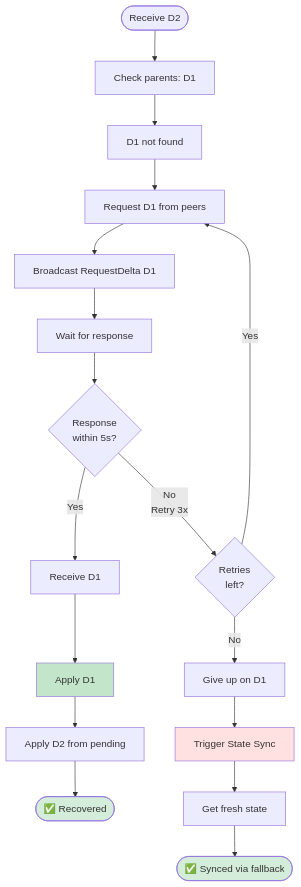
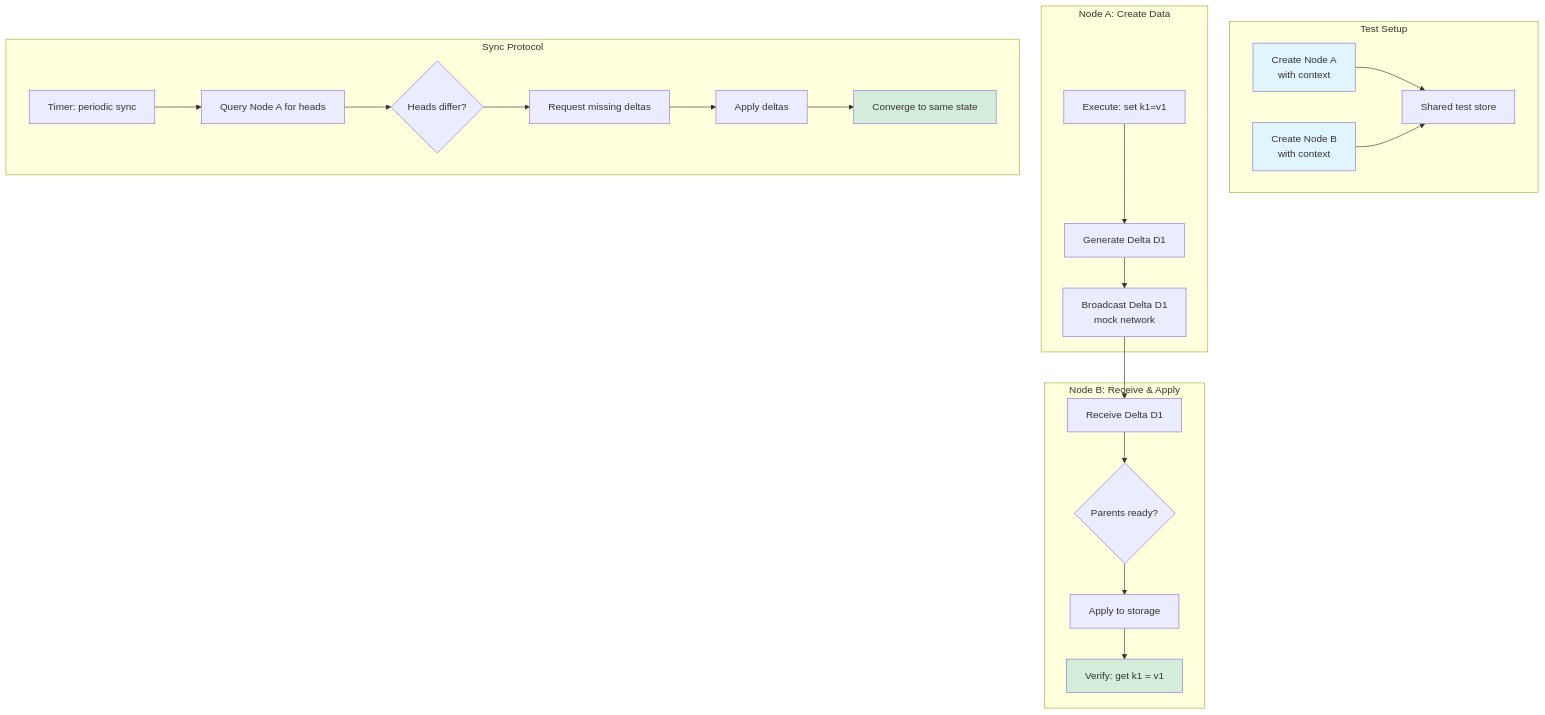
One commit to calimero-network/core changed the fifth of 5 diagrams in crates/node/README.md. Above: the diagram before and after it, drawn with Mermaid. The commit also changed other lines of this file and 8 other files, not shown here.

````diff
--- a/crates/node/README.md
+++ b/crates/node/README.md
@@ -468,29 +465,43 @@
 ```mermaid
-flowchart TD
-    Receive([Receive D2]) --> Check[Check parents: D1]
-    Check --> Missing[D1 not found]
+graph TB
+    subgraph "Test Setup"
+        N1[Create Node A<br/>with context]
+        N2[Create Node B<br/>with context]
+        
+        N1 --> S[Shared test store]
+        N2 --> S
+    end
     
-    Missing --> Request[Request D1 from peers]
-    Request --> Broadcast[Broadcast RequestDelta D1]
+    subgraph "Node A: Create Data"
+        E1[Execute: set k1=v1]
+        D1[Generate Delta D1]
+        B1[Broadcast Delta D1<br/>mock network]
+        
+        E1 --> D1 --> B1
+    end
     
-    Broadcast --> Wait[Wait for response]
-    Wait --> Timeout{Response<br/>within 5s?}
+    subgraph "Node B: Receive & Apply"
+        R1[Receive Delta D1]
+        C1{Parents ready?}
+        A1[Apply to storage]
+        V1[Verify: get k1 = v1]
+        
+        B1 --> R1 --> C1 --> A1 --> V1
+    end
     
-    Timeout -->|Yes| ReceiveD1[Receive D1]
-    ReceiveD1 --> ApplyD1[Apply D1]
-    ApplyD1 --> ApplyD2[Apply D2 from pending]
-    ApplyD2 --> Done1([✅ Recovered])
+    subgraph "Sync Protocol"
+        T1[Timer: periodic sync]
+        Q1[Query Node A for heads]
+        C2{Heads differ?}
+        S1[Request missing deltas]
+        S2[Apply deltas]
+        S3[Converge to same state]
+        
+        T1 --> Q1 --> C2 --> S1 --> S2 --> S3
+    end
     
-    Timeout -->|No<br/>Retry 3x| Retry{Retries<br/>left?}
-    Retry -->|Yes| Request
-    Retry -->|No| GiveUp[Give up on D1]
-    
-    GiveUp --> Fallback[Trigger State Sync]
-    Fallback --> Fresh[Get fresh state]
-    Fresh --> Done2([✅ Synced via fallback])
-    
-    style ApplyD1 fill:#c3e6cb
-    style Fallback fill:#ffe1e1
-    style Done1 fill:#d4edda
-    style Done2 fill:#d4edda
+    style N1 fill:#e1f5ff
+    style N2 fill:#e1f5ff
+    style V1 fill:#d4edda
+    style S3 fill:#d4edda
 ```
````
